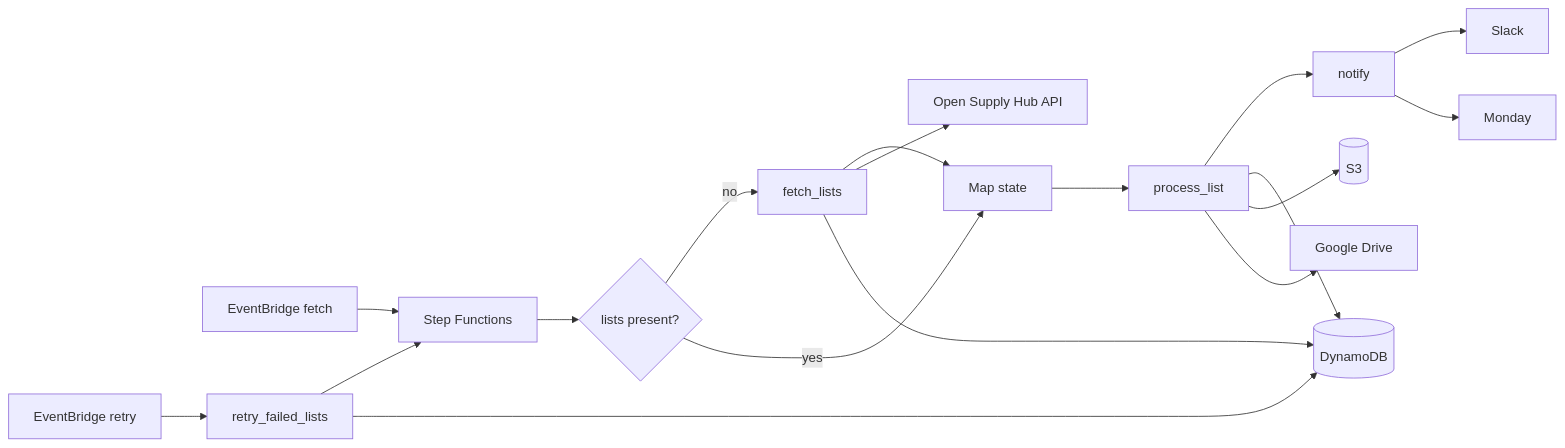
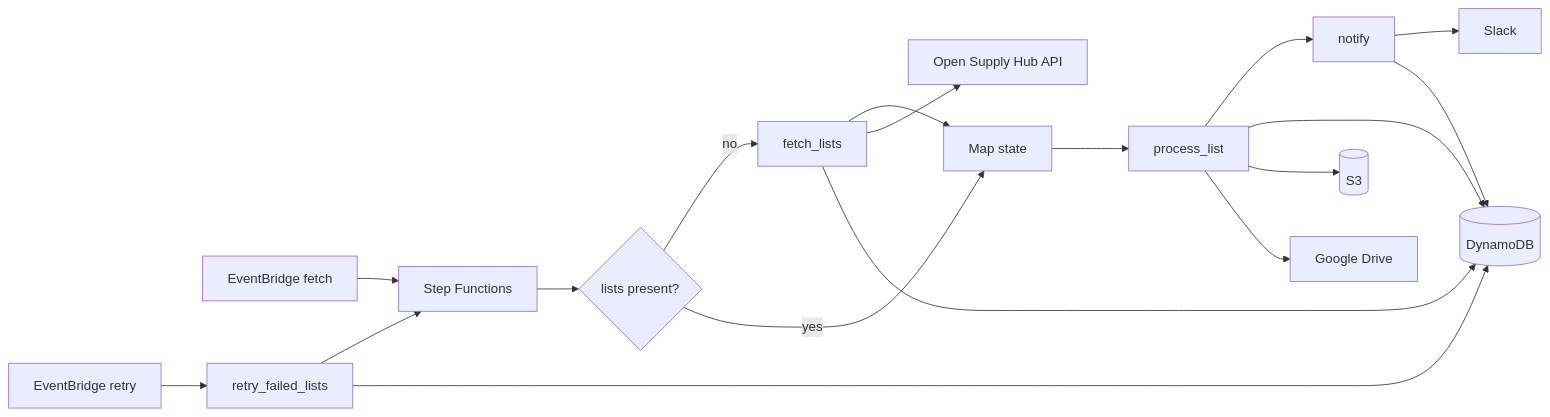
Before and after one commit to opensupplyhub/open-supply-hub: the diagram in src/contribot/README.md, drawn with Mermaid. The commit also changed other lines of this file and 7 other files, not shown here.

````diff
--- a/src/contribot/README.md
+++ b/src/contribot/README.md
@@ -50,20 +50,20 @@
 ```mermaid
 flowchart LR
   ScheduleFetch[EventBridge fetch] --> SFN[Step Functions]
   ScheduleRetry[EventBridge retry] --> Retry[retry_failed_lists]
   Retry --> SFN
   SFN --> Choice{lists present?}
   Choice -->|no| Fetch[fetch_lists]
   Choice -->|yes| Map[Map state]
   Fetch --> Map
   Map --> Process[process_list]
   Process --> Notify[notify]
   Fetch --> API[Open Supply Hub API]
   Fetch --> DDB[(DynamoDB)]
   Retry --> DDB
   Process --> DDB
   Process --> S3[(S3)]
   Process --> GDrive[Google Drive]
   Notify --> Slack[Slack]
-  Notify --> Monday[Monday]
+  Notify --> DDB
 ```
````
